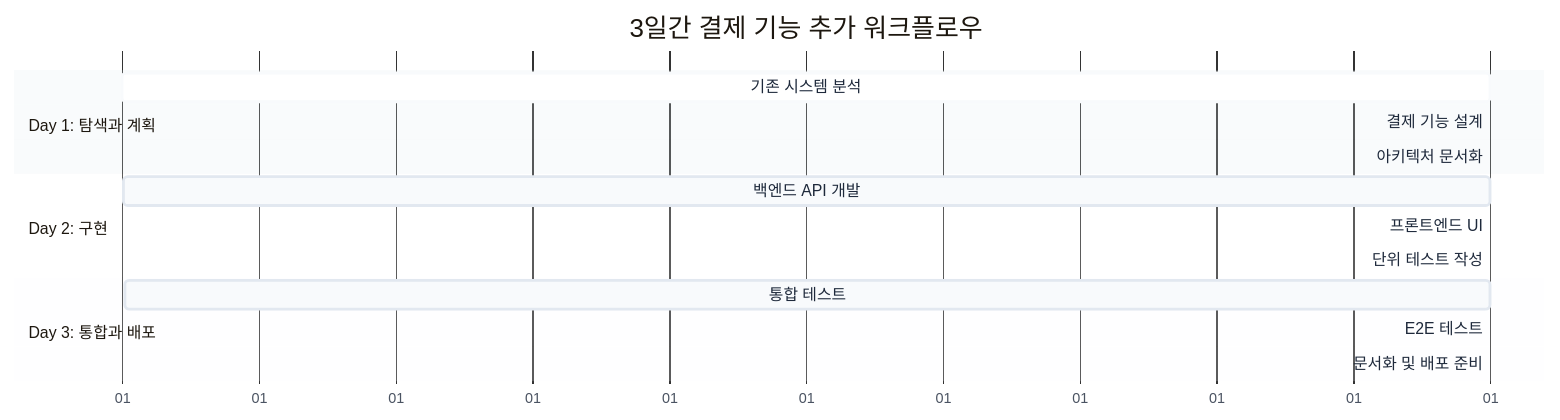
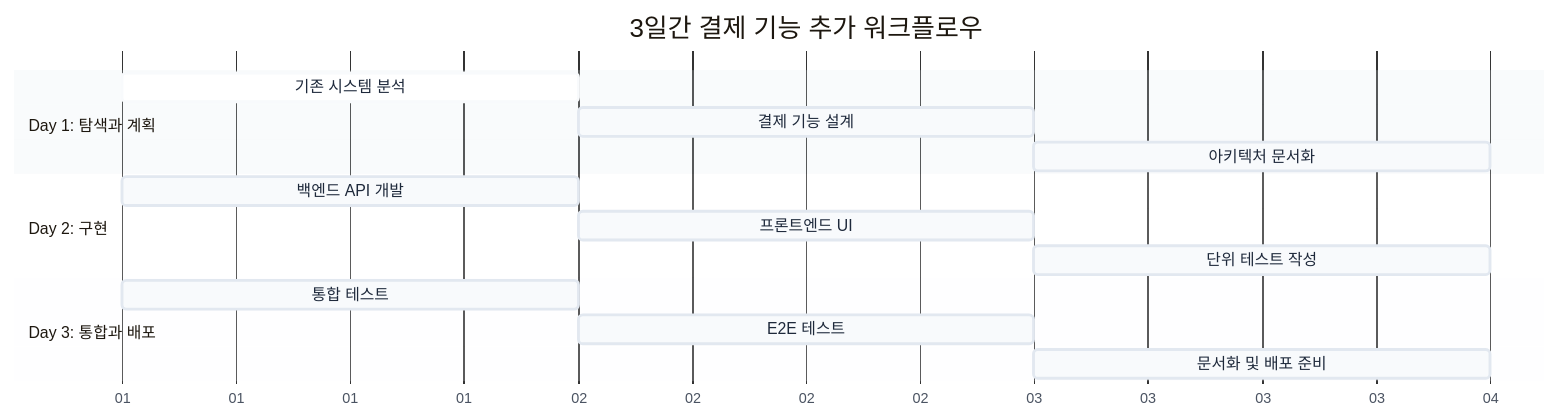
The fourth of 5 diagrams in book/07-chapter7.md (revfactory/claude-code-mastering), drawn with Mermaid before and after one commit. The commit also changed 1 other file, not shown here.

Commit message:
fix: mermaid chart 오류 수정

````diff
--- a/book/07-chapter7.md
+++ b/book/07-chapter7.md
@@ -411,22 +411,22 @@
 ```mermaid
 %%{init: {"theme": "base", "themeVariables": {"primaryColor": "#f8fafc", "primaryTextColor": "#1e293b", "primaryBorderColor": "#e2e8f0", "lineColor": "#94a3b8", "secondaryColor": "#f1f5f9", "tertiaryColor": "#e2e8f0"}}}%%
 gantt
     title 3일간 결제 기능 추가 워크플로우
     dateFormat  X
     axisFormat %d
     
     section Day 1: 탐색과 계획
-    기존 시스템 분석     :active, d1-morning, 0, 1
-    결제 기능 설계      :d1-afternoon, after d1-morning, 1
-    아키텍처 문서화     :d1-doc, after d1-afternoon, 1
+    기존 시스템 분석     :active, d1-morning, 0, 1d
+    결제 기능 설계      :d1-afternoon, after d1-morning, 1d
+    아키텍처 문서화     :d1-doc, after d1-afternoon, 1d
     
     section Day 2: 구현
-    백엔드 API 개발     :d2-backend, 1, 1
-    프론트엔드 UI      :d2-frontend, after d2-backend, 1
-    단위 테스트 작성    :d2-test, after d2-frontend, 1
+    백엔드 API 개발     :d2-backend, 1, 1d
+    프론트엔드 UI      :d2-frontend, after d2-backend, 1d
+    단위 테스트 작성    :d2-test, after d2-frontend, 1d
     
     section Day 3: 통합과 배포
-    통합 테스트        :d3-integration, 2, 1
-    E2E 테스트        :d3-e2e, after d3-integration, 1
-    문서화 및 배포 준비  :d3-deploy, after d3-e2e, 1
+    통합 테스트        :d3-integration, 2, 1d
+    E2E 테스트        :d3-e2e, after d3-integration, 1d
+    문서화 및 배포 준비  :d3-deploy, after d3-e2e, 1d
 ```
````
